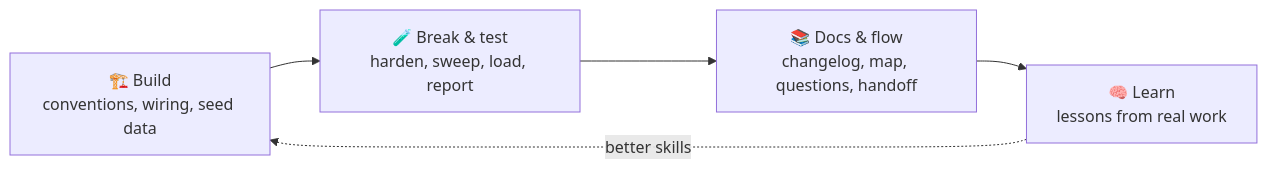
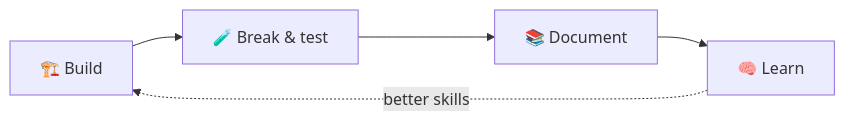
Before and after one commit to kshanxs/shipkit: the diagram in README.md, drawn with Mermaid. The commit also changed other lines of this file and 9 other files, not shown here.

````diff
--- a/README.md
+++ b/README.md
@@ -38,7 +23,5 @@
 ```mermaid
 flowchart LR
-    build["🏗️ Build<br/>conventions, wiring, seed data"] --> test["🧪 Break & test<br/>harden, sweep, load, report"]
-    test --> docs["📚 Docs & flow<br/>changelog, map, questions, handoff"]
-    docs --> learn["🧠 Learn<br/>lessons from real work"]
+    build["🏗️ Build"] --> test["🧪 Break & test"] --> docs["📚 Document"] --> learn["🧠 Learn"]
     learn -. "better skills" .-> build
 ```
````
